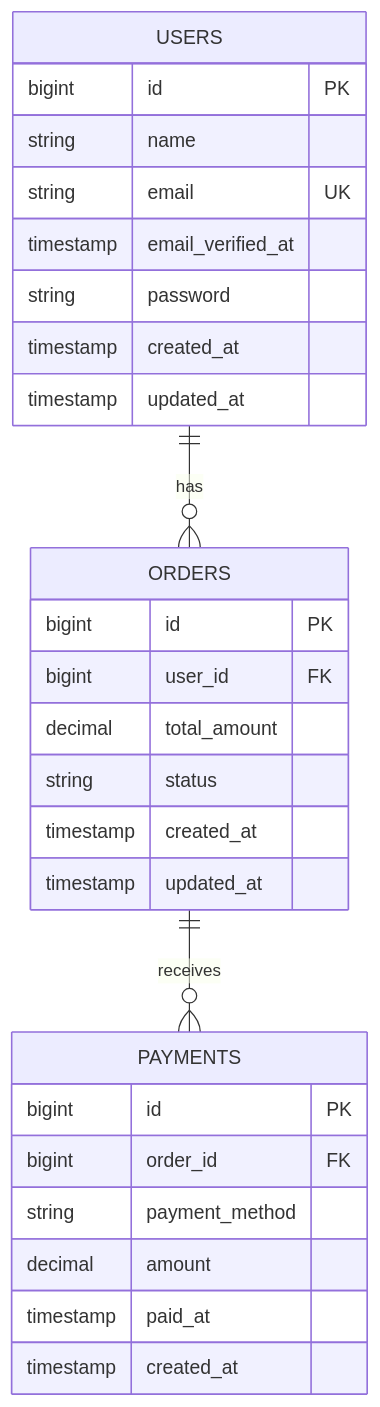
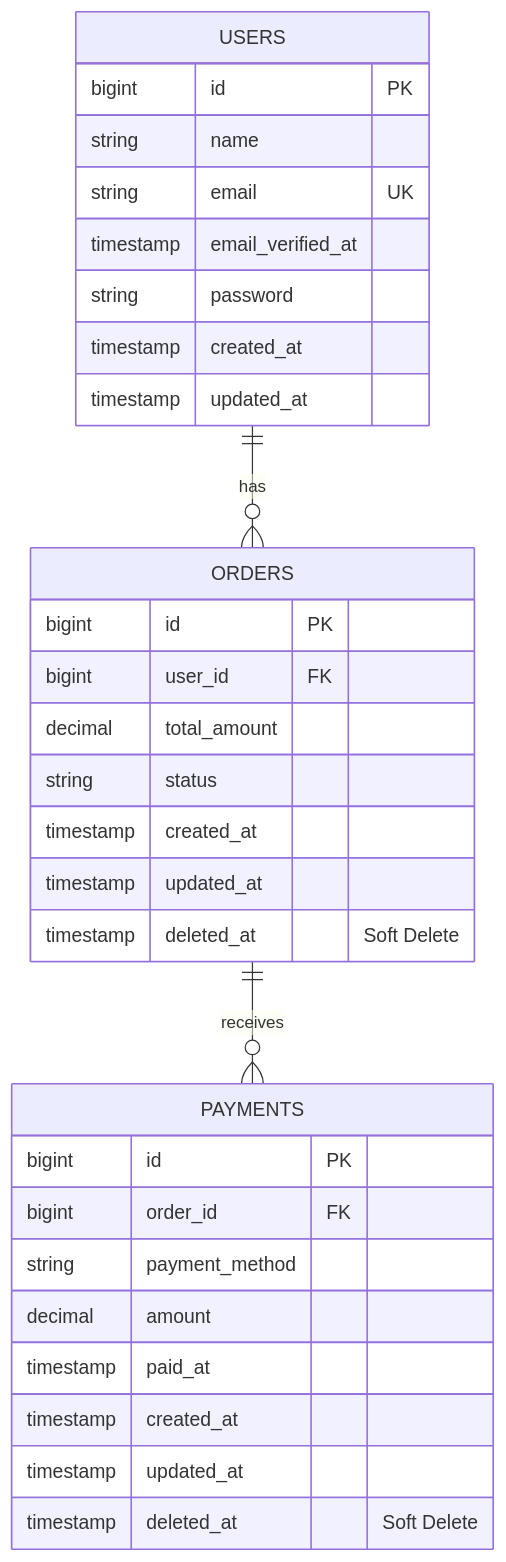
One commit to ogkunta666/paymentPlatform changed the diagram in docs/README.md. Above: the diagram before and after it, drawn with Mermaid. The commit also changed other lines of this file and 5 other files, not shown here.

Commit message:
soft delete

````diff
--- a/docs/README.md
+++ b/docs/README.md
@@ -738,33 +791,36 @@
 ```mermaid
 erDiagram
     USERS ||--o{ ORDERS : has
     ORDERS ||--o{ PAYMENTS : receives
     
     USERS {
         bigint id PK
         string name
         string email UK
         timestamp email_verified_at
         string password
         timestamp created_at
         timestamp updated_at
     }
     
     ORDERS {
         bigint id PK
         bigint user_id FK
         decimal total_amount
         string status
         timestamp created_at
         timestamp updated_at
+        timestamp deleted_at "Soft Delete"
     }
     
     PAYMENTS {
         bigint id PK
         bigint order_id FK
         string payment_method
         decimal amount
         timestamp paid_at
         timestamp created_at
+        timestamp updated_at
+        timestamp deleted_at "Soft Delete"
     }
 ```
````
